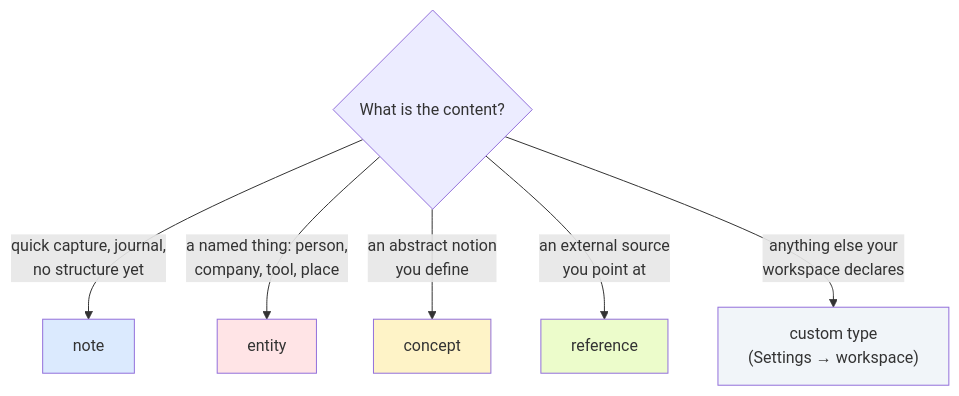
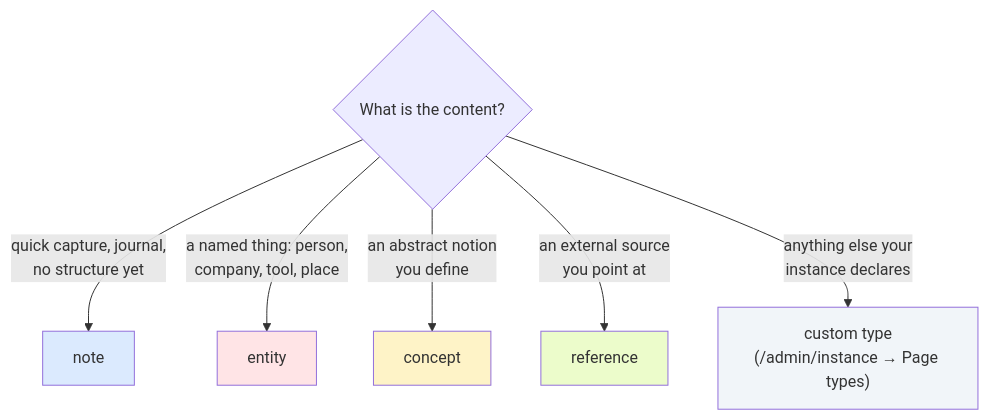
One commit to alvarolizama/dran changed the diagram in docs/page-types.md. Above: the diagram before and after it, drawn with Mermaid. The commit also changed other lines of this file and 15 other files, not shown here.

````diff
--- a/docs/page-types.md
+++ b/docs/page-types.md
@@ -16,15 +16,15 @@
 ```mermaid
 flowchart TD
   Q{"What is the content?"}
   Q -->|"quick capture, journal,\nno structure yet"| N[note]
   Q -->|"a named thing: person,\ncompany, tool, place"| E[entity]
   Q -->|"an abstract notion\nyou define"| C[concept]
   Q -->|"an external source\nyou point at"| R[reference]
-  Q -->|"anything else your\nworkspace declares"| X["custom type\n(Settings → workspace)"]
+  Q -->|"anything else your\ninstance declares"| X["custom type\n(/admin/instance → Page types)"]
 
   style N fill:#dbeafe
   style E fill:#ffe4e6
   style C fill:#fef3c7
   style R fill:#ecfccb
   style X fill:#f1f5f9
 ```
````
